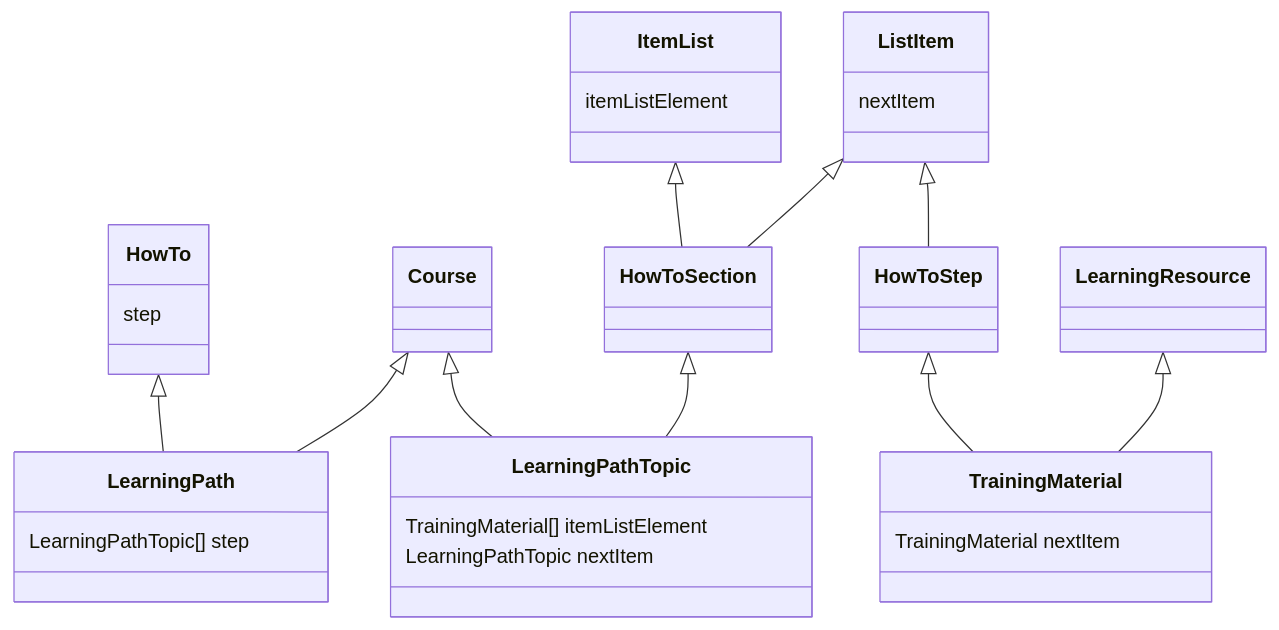
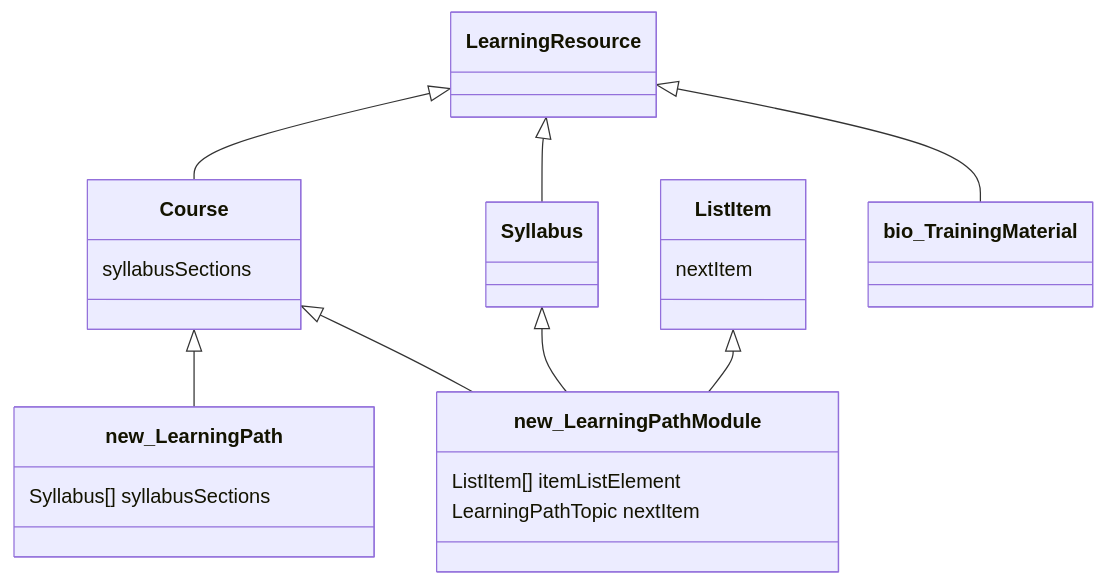
The second of 2 diagrams in README.md (BioSchemas/LearningPath-sandbox), drawn with Mermaid before and after one commit. The commit also changed other lines of this file and 3 other files, not shown here.

Commit message:
Replace HowTo with Syllabus

````diff
--- a/README.md
+++ b/README.md
@@ -130,40 +127,30 @@
 ```mermaid
 classDiagram
 direction TB
-    class HowTo {
-        step
+    class Course {
+        syllabusSections
     }
-    class Course {
-    }
-    class LearningPath {
-        LearningPathTopic[] step
-    }
-    class ItemList {
-        itemListElement
+    class new_LearningPath {
+        Syllabus[] syllabusSections
     }
     class ListItem {
 	    nextItem
     }
-    class HowToSection {	    
+    class Syllabus {   
     }
-    class LearningPathTopic {
-        TrainingMaterial[] itemListElement
+    class new_LearningPathModule {
+        ListItem[] itemListElement
         LearningPathTopic nextItem
-    }
-    class HowToStep {
     }
     class LearningResource {
     }
-    class TrainingMaterial {
-        TrainingMaterial nextItem
+    class bio_TrainingMaterial {
     }
-    Course <|-- LearningPath
-    Course <|-- LearningPathTopic
-    ItemList <|-- HowToSection
-    ListItem <|-- HowToSection
-    ListItem <|-- HowToStep
-    HowTo <|-- LearningPath
-    HowToSection <|-- LearningPathTopic
-    HowToStep <|-- TrainingMaterial
-    LearningResource <|-- TrainingMaterial
+    Course <|-- new_LearningPath
+    Course <|-- new_LearningPathModule
+    Syllabus <|-- new_LearningPathModule
+    ListItem <|-- new_LearningPathModule
+    LearningResource <|-- Course
+    LearningResource <|-- bio_TrainingMaterial
+    LearningResource <|-- Syllabus
 ```
````
